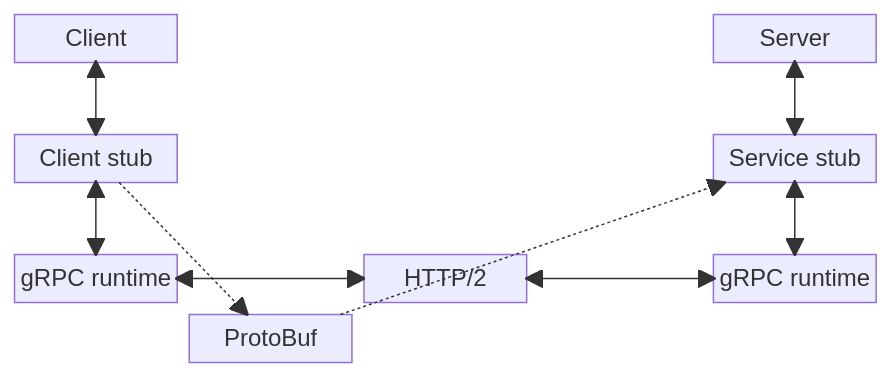
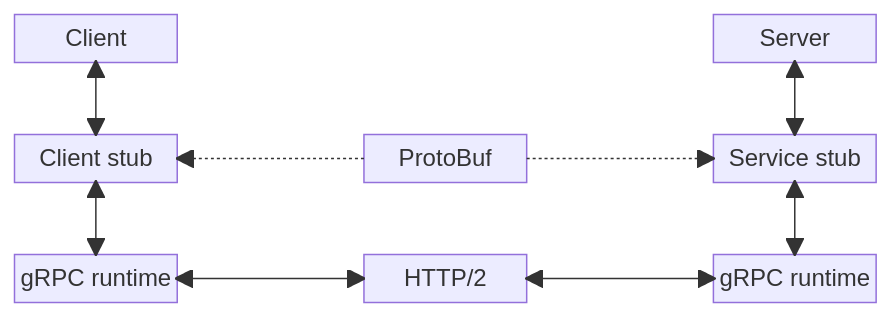
One commit to c0p4c4b4n4/grpc-grpc-java changed the diagram in example1/images/gRPC.mmd. Above: the diagram before and after it, drawn with Mermaid. The commit also changed 1 other file, not shown here.

```diff
--- a/example1/images/gRPC.mmd
+++ b/example1/images/gRPC.mmd
@@ -1,21 +1,20 @@
 block-beta
     columns 5
 
     A1["Client"]        space space space        B1["Server"]
     space               space space space        space
-    A2["Client stub"]   space space space        B2["Service stub"]
+    A2["Client stub"]   space P["ProtoBuf"] space        B2["Service stub"]
     space               space space space        space
     A3["gRPC runtime"]  space E["HTTP/2"] space  B3["gRPC runtime"]
-    space               P["ProtoBuf"] space      space
 
     A1 <--> A2
     A2 <--> A3
 
     B1 <--> B2
     B2 <--> B3
 
     A3 <--> E
     B3 <--> E
 
-    A2 -.-> P
+    P -.-> A2
     P -.-> B2
```
